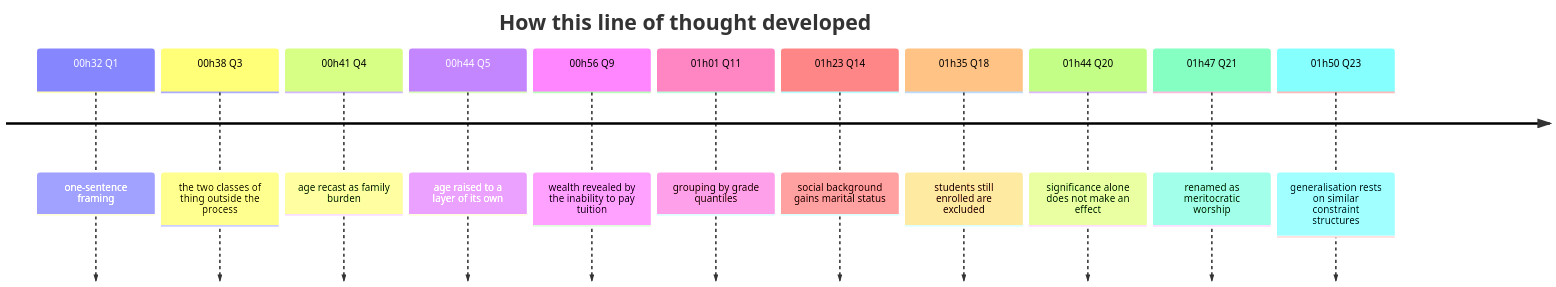
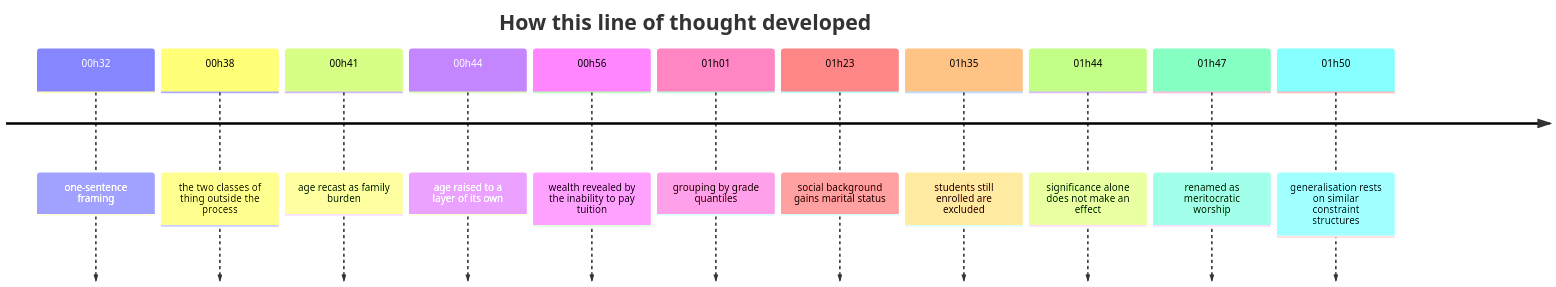
The diagram in docs/diagrams/en/04-thinking.mmd (LaiTszKin/ams2640-group-project), drawn with Mermaid before and after one commit. The commit also changed 21 other files, not shown here.

Commit message:
diagrams: 全部刪除 Q(n) 引用，來源只指向本報告；02 的 Q1/Q2 改為 G1/G2；四圖中英重繪

```diff
--- a/docs/diagrams/en/04-thinking.mmd
+++ b/docs/diagrams/en/04-thinking.mmd
@@ -1,14 +1,14 @@
-%% source: timestamps of Q1–Q23 in qa.md, plus summary.md "established"
+%% source: the propositions the report sets out as established; the clock times are the order of the discussion
 timeline
   title How this line of thought developed
-  00h32 Q1 : one-sentence framing
-  00h38 Q3 : the two classes of thing outside the process
-  00h41 Q4 : age recast as family burden
-  00h44 Q5 : age raised to a layer of its own
-  00h56 Q9 : wealth revealed by the inability to pay tuition
-  01h01 Q11 : grouping by grade quantiles
-  01h23 Q14 : social background gains marital status
-  01h35 Q18 : students still enrolled are excluded
-  01h44 Q20 : significance alone does not make an effect
-  01h47 Q21 : renamed as meritocratic worship
-  01h50 Q23 : generalisation rests on similar constraint structures
+  00h32 : one-sentence framing
+  00h38 : the two classes of thing outside the process
+  00h41 : age recast as family burden
+  00h44 : age raised to a layer of its own
+  00h56 : wealth revealed by the inability to pay tuition
+  01h01 : grouping by grade quantiles
+  01h23 : social background gains marital status
+  01h35 : students still enrolled are excluded
+  01h44 : significance alone does not make an effect
+  01h47 : renamed as meritocratic worship
+  01h50 : generalisation rests on similar constraint structures
```
